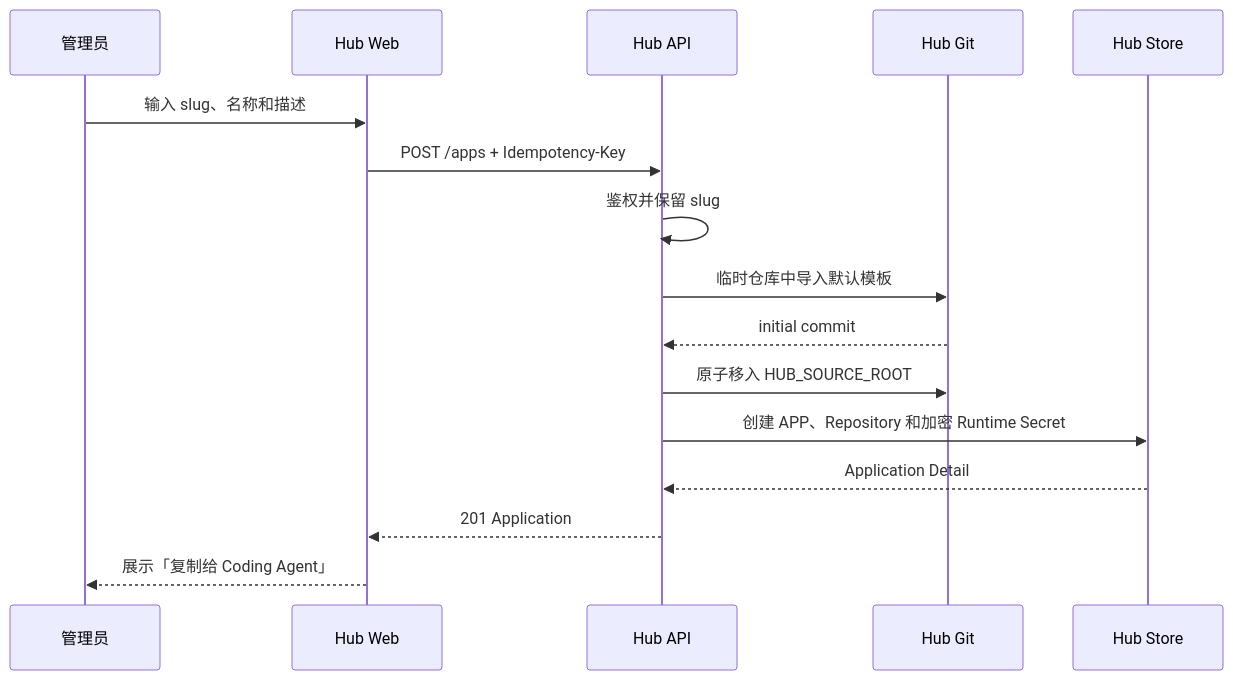
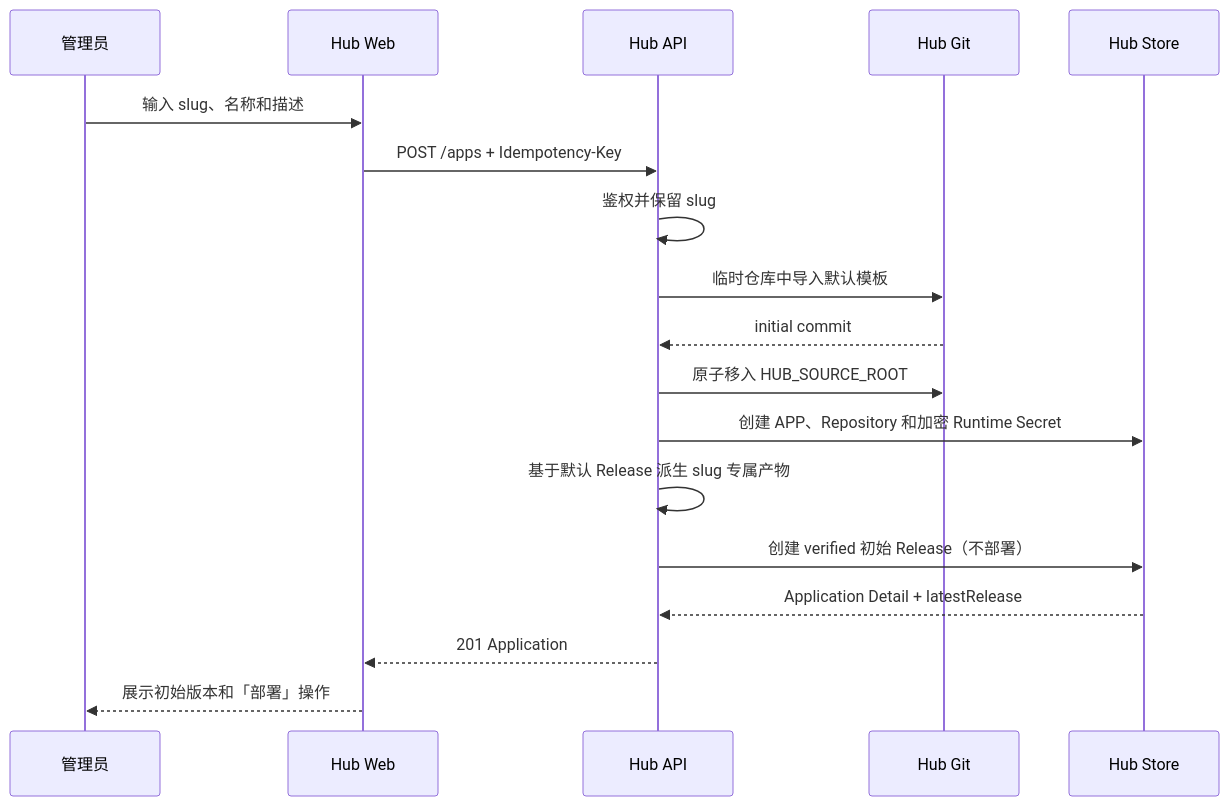
Before and after one commit to nocobase/nocobase3: the third of 6 diagrams in docs/design/hub-application-management-api.md, drawn with Mermaid. The commit also changed other lines of this file and 27 other files, not shown here.

````diff
--- a/docs/design/hub-application-management-api.md
+++ b/docs/design/hub-application-management-api.md
@@ -2100,19 +2123,21 @@
 ```mermaid
 sequenceDiagram
   participant User as 管理员
   participant Web as Hub Web
   participant API as Hub API
   participant Git as Hub Git
   participant Store as Hub Store
 
   User->>Web: 输入 slug、名称和描述
   Web->>API: POST /apps + Idempotency-Key
   API->>API: 鉴权并保留 slug
   API->>Git: 临时仓库中导入默认模板
   Git-->>API: initial commit
   API->>Git: 原子移入 HUB_SOURCE_ROOT
   API->>Store: 创建 APP、Repository 和加密 Runtime Secret
-  Store-->>API: Application Detail
+  API->>API: 基于默认 Release 派生 slug 专属产物
+  API->>Store: 创建 verified 初始 Release（不部署）
+  Store-->>API: Application Detail + latestRelease
   API-->>Web: 201 Application
-  Web-->>User: 展示「复制给 Coding Agent」
+  Web-->>User: 展示初始版本和「部署」操作
 ```
````
